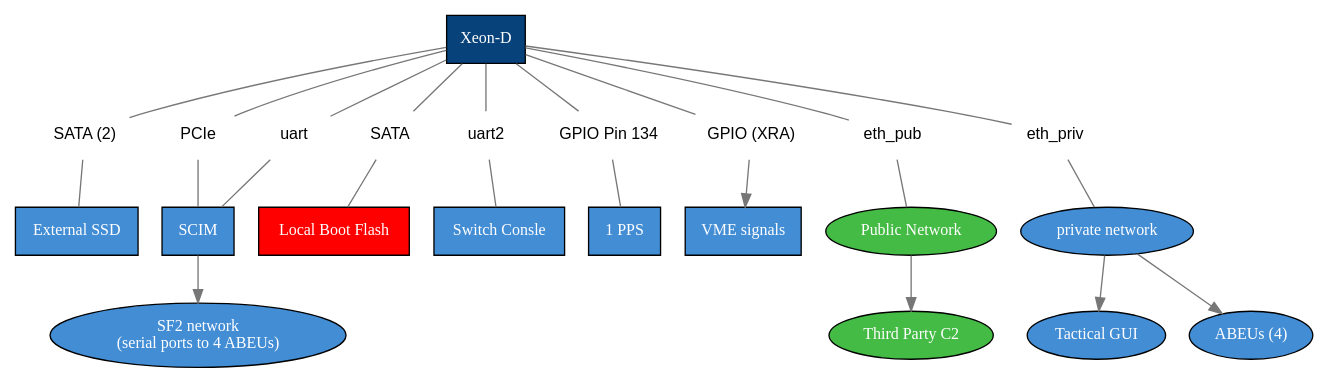
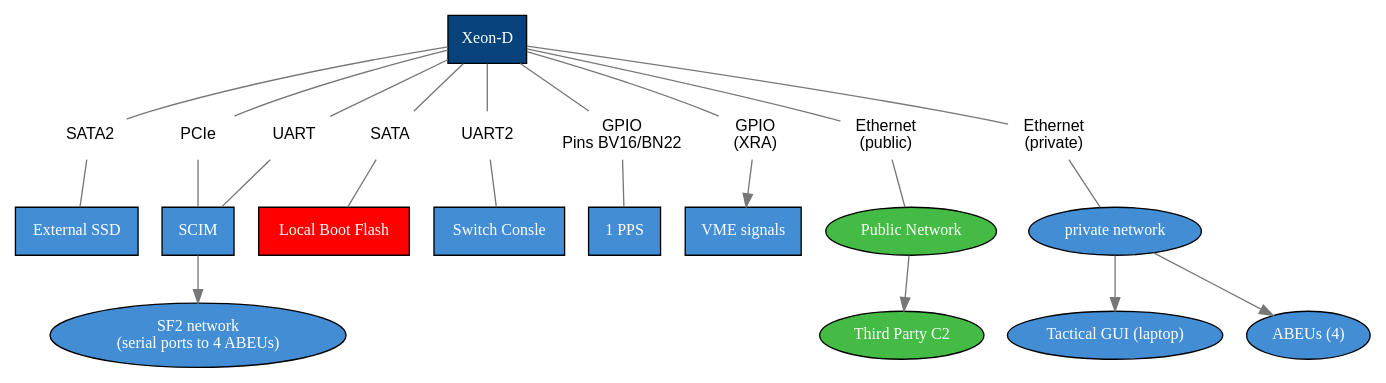
One commit to jjjesus/XeonInterface changed the diagram in img/interface.dot. Above: the diagram before and after it, drawn with Graphviz. The commit also changed 1 other file, not shown here.

```diff
--- a/img/interface.dot
+++ b/img/interface.dot
@@ -1,98 +1,98 @@
 digraph G {
     node [shape=rect style=filled
          fontcolor=white fontsize=12 fontname="Helvetica Bold"]
     edge [style=solid color="#777777"]
 
     // Main processor
     //
     XeonD         [fillcolor="#08427b" label="Xeon-D"]
 
     // Externals
     //
     ssd [fillcolor="#438dd5" label="External SSD"]
     scim [fillcolor="#438dd5" label="SCIM"]
     bootf [fillcolor="#FF0000" label="Local Boot Flash" ]
     pps [fillcolor="#438dd5" label="1 PPS" ]
     switch_console [fillcolor="#438dd5" label="Switch Consle" ]
     vme_signals [fillcolor="#438dd5" label="VME signals"]
 
     sf2_network [shape=ellipse fillcolor="#438dd5" label="SF2 network\n(serial ports to 4 ABEUs)"]
     priv_network [shape=ellipse fillcolor="#438dd5" label="private network"]
-    trui [shape=ellipse fillcolor="#438dd5" label="Tactical GUI"]
+    trui [shape=ellipse fillcolor="#438dd5" label="Tactical GUI (laptop)"]
     abeus [shape=ellipse fillcolor="#438dd5" label="ABEUs (4)"]
 
     pub_network [shape=ellipse fillcolor="#44BB44" label="Public Network" ]
 
     c2 [shape=ellipse fillcolor="#44BB44" label="Third Party C2" ]
 
     // Connectors
     //
     sata2
                 [fillcolor=white
                 style="filled,setlinewidth(0)"
-                fontcolor=black fontname="Helvetica" shape=plaintext label="SATA (2)"]
+                fontcolor=black fontname="Helvetica" shape=plaintext label="SATA2"]
     pcie
                 [fillcolor=white
                 style="filled,setlinewidth(0)"
                 fontcolor=black fontname="Helvetica" shape=plaintext label="PCIe"]
 
     sata
                 [fillcolor=white
                 style="filled,setlinewidth(0)"
                 fontcolor=black fontname="Helvetica" shape=plaintext label="SATA"]
 
     uart
                 [fillcolor=white
                 style="filled,setlinewidth(0)"
-                fontcolor=black fontname="Helvetica" shape=plaintext]
+                fontcolor=black fontname="Helvetica" shape=plaintext label="UART"]
 
     uart2
                 [fillcolor=white
                 style="filled,setlinewidth(0)"
-                fontcolor=black fontname="Helvetica" shape=plaintext]
+                fontcolor=black fontname="Helvetica" shape=plaintext label="UART2"]
 
     gpio
                 [fillcolor=white
                 style="filled,setlinewidth(0)"
-                fontcolor=black fontname="Helvetica" shape=plaintext label="GPIO Pin 134"]
+                fontcolor=black fontname="Helvetica" shape=plaintext label="GPIO\nPins BV16/BN22"]
 
     gpio_xra
                 [fillcolor=white
                 style="filled,setlinewidth(0)"
-                fontcolor=black fontname="Helvetica" shape=plaintext label="GPIO (XRA)"]
+                fontcolor=black fontname="Helvetica" shape=plaintext label="GPIO\n(XRA)"]
 
     eth_pub
                 [fillcolor=white
                 style="filled,setlinewidth(0)"
-                fontcolor=black fontname="Helvetica" shape=plaintext label="eth_pub"]
+                fontcolor=black fontname="Helvetica" shape=plaintext label="Ethernet\n(public)"]
 
     eth_priv
                 [fillcolor=white
                 style="filled,setlinewidth(0)"
-                fontcolor=black fontname="Helvetica" shape=plaintext label="eth_priv"]
+                fontcolor=black fontname="Helvetica" shape=plaintext label="Ethernet\n(private)"]
 
     XeonD -> sata [dir=none]
     XeonD -> sata2 [dir=none]
     XeonD -> pcie [dir=none]
     XeonD -> uart [dir=none]
     XeonD -> uart2 [dir=none]
     XeonD -> gpio [dir=none]
     XeonD -> gpio_xra [dir=none]
     XeonD -> eth_pub [dir=none]
     XeonD -> eth_priv [dir=none]
 
     sata -> bootf [dir=none]
     sata2 -> ssd [dir=none]
     pcie -> scim [dir=none]
     uart -> scim [dir=none]
     uart2 -> switch_console [dir=none]
     gpio -> pps [dir=none]
     gpio_xra -> vme_signals
     eth_pub -> pub_network [dir=none]
     eth_priv -> priv_network [dir=none]
 
     pub_network -> c2
     scim -> sf2_network
     priv_network -> trui
     priv_network -> abeus
 }
```
